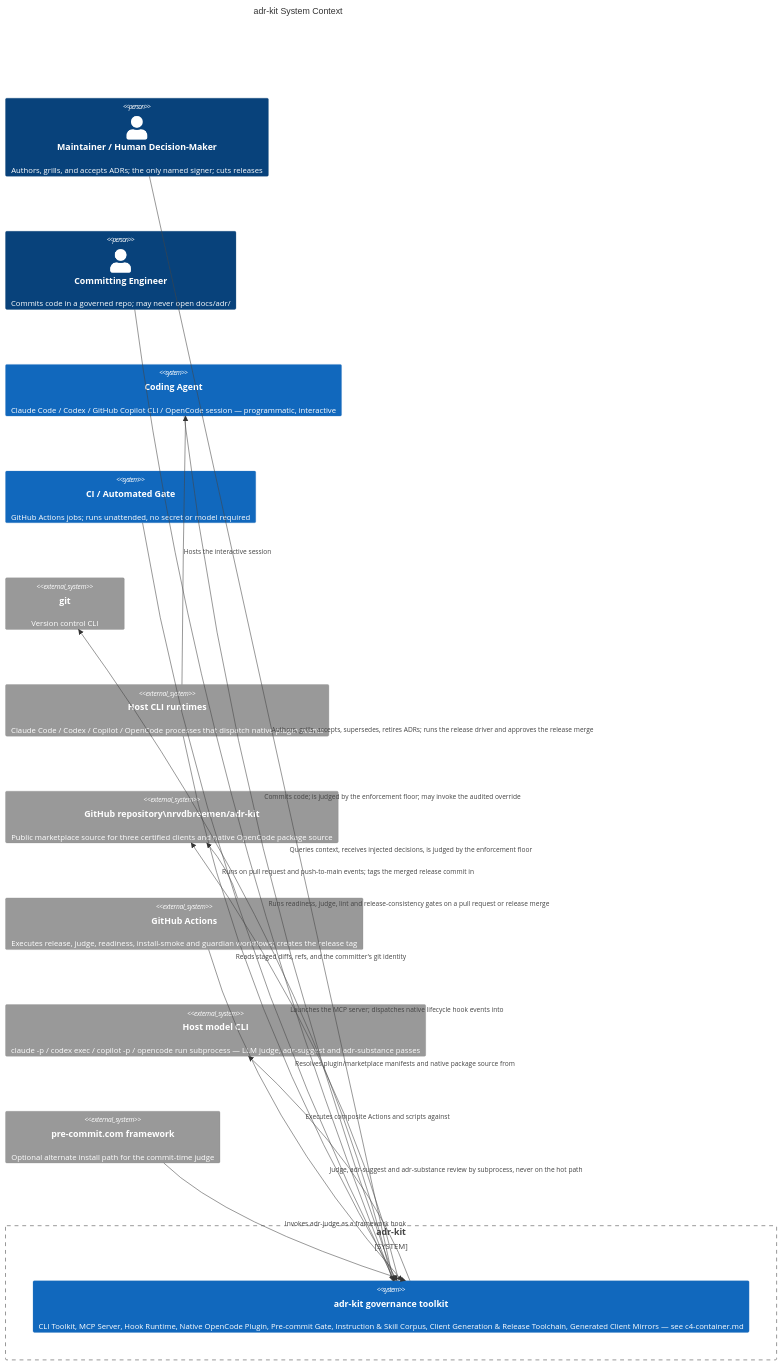
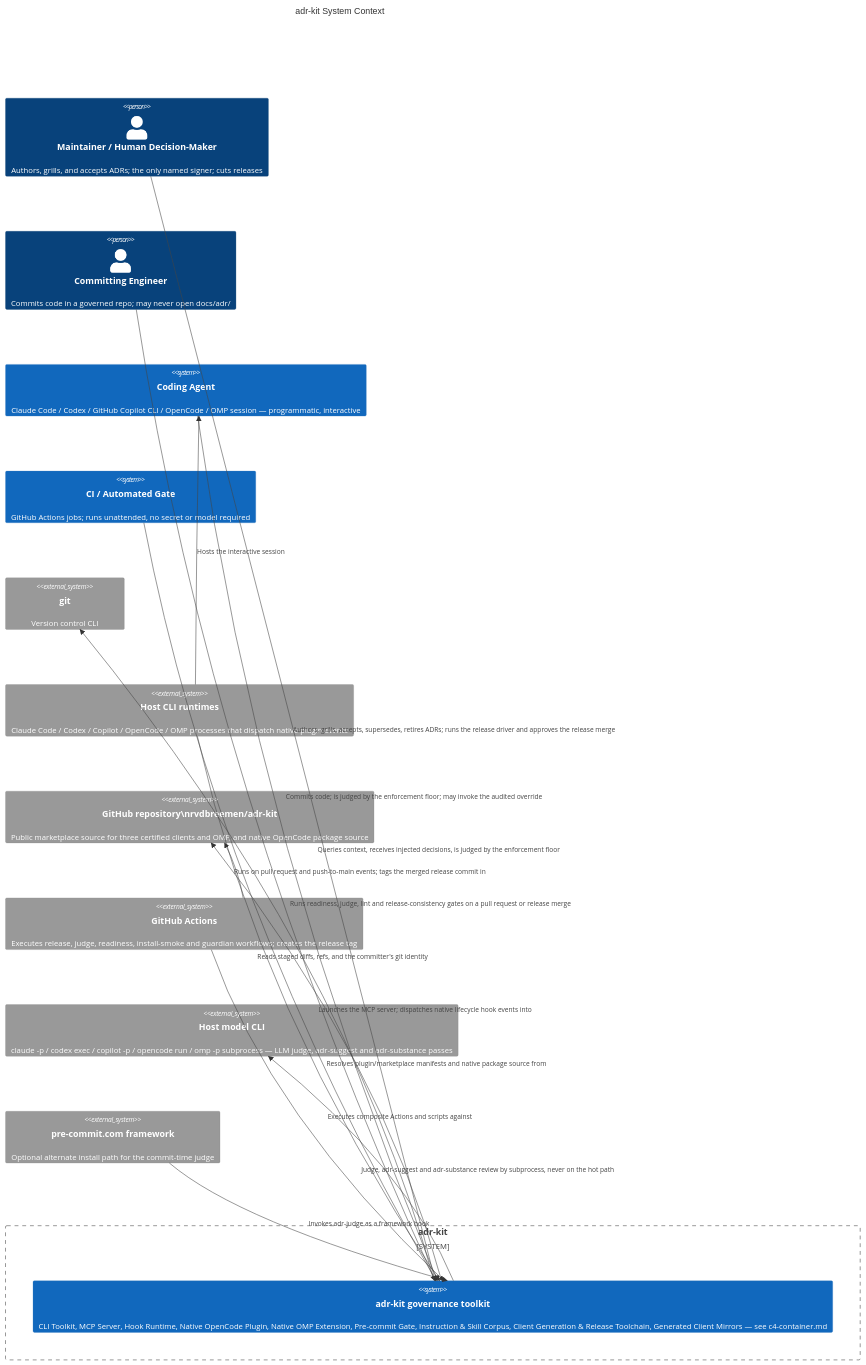
Before and after one commit to rvdbreemen/adr-kit: the diagram in C4-Documentation/c4-context.md, drawn with Mermaid. The commit also changed other lines of this file and 28 other files, not shown here.

First line of the commit message:
feat(omp): native OMP extension and omp-cli judge host (TASK-239)

````diff
--- a/C4-Documentation/c4-context.md
+++ b/C4-Documentation/c4-context.md
@@ -450,35 +453,35 @@
 ```mermaid
 C4Context
   title adr-kit System Context
 
   Person(maintainer, "Maintainer / Human Decision-Maker", "Authors, grills, and accepts ADRs; the only named signer; cuts releases")
   Person(engineer, "Committing Engineer", "Commits code in a governed repo; may never open docs/adr/")
 
-  System(agent, "Coding Agent", "Claude Code / Codex / GitHub Copilot CLI / OpenCode session — programmatic, interactive")
+  System(agent, "Coding Agent", "Claude Code / Codex / GitHub Copilot CLI / OpenCode / OMP session — programmatic, interactive")
   System(ciGate, "CI / Automated Gate", "GitHub Actions jobs; runs unattended, no secret or model required")
 
   System_Boundary(boundary, "adr-kit") {
-    System(core, "adr-kit governance toolkit", "CLI Toolkit, MCP Server, Hook Runtime, Native OpenCode Plugin, Pre-commit Gate, Instruction & Skill Corpus, Client Generation & Release Toolchain, Generated Client Mirrors — see c4-container.md")
+    System(core, "adr-kit governance toolkit", "CLI Toolkit, MCP Server, Hook Runtime, Native OpenCode Plugin, Native OMP Extension, Pre-commit Gate, Instruction & Skill Corpus, Client Generation & Release Toolchain, Generated Client Mirrors — see c4-container.md")
   }
 
   System_Ext(git, "git", "Version control CLI")
-  System_Ext(hostcli, "Host CLI runtimes", "Claude Code / Codex / Copilot / OpenCode processes that dispatch native plugin events")
-  System_Ext(repo, "GitHub repository\nrvdbreemen/adr-kit", "Public marketplace source for three certified clients and native OpenCode package source")
+  System_Ext(hostcli, "Host CLI runtimes", "Claude Code / Codex / Copilot / OpenCode / OMP processes that dispatch native plugin events")
+  System_Ext(repo, "GitHub repository\nrvdbreemen/adr-kit", "Public marketplace source for three certified clients and OMP, and native OpenCode package source")
   System_Ext(gha, "GitHub Actions", "Executes release, judge, readiness, install-smoke and guardian workflows; creates the release tag")
-  System_Ext(llm, "Host model CLI", "claude -p / codex exec / copilot -p / opencode run subprocess — LLM judge, adr-suggest and adr-substance passes")
+  System_Ext(llm, "Host model CLI", "claude -p / codex exec / copilot -p / opencode run / omp -p subprocess — LLM judge, adr-suggest and adr-substance passes")
   System_Ext(precommit, "pre-commit.com framework", "Optional alternate install path for the commit-time judge")
 
   Rel(maintainer, core, "Authors, grills, accepts, supersedes, retires ADRs; runs the release driver and approves the release merge")
   Rel(engineer, core, "Commits code; is judged by the enforcement floor; may invoke the audited override")
   Rel(agent, core, "Queries context, receives injected decisions, is judged by the enforcement floor")
   Rel(ciGate, core, "Runs readiness, judge, lint and release-consistency gates on a pull request or release merge")
 
   Rel(core, git, "Reads staged diffs, refs, and the committer's git identity")
   Rel(hostcli, agent, "Hosts the interactive session")
   Rel(hostcli, core, "Launches the MCP server; dispatches native lifecycle hook events into")
   Rel(core, repo, "Resolves plugin/marketplace manifests and native package source from")
   Rel(gha, repo, "Runs on pull request and push-to-main events; tags the merged release commit in")
   Rel(gha, core, "Executes composite Actions and scripts against")
   Rel(core, llm, "Judge, adr-suggest and adr-substance review by subprocess, never on the hot path")
   Rel(precommit, core, "Invokes adr-judge as a framework hook")
 ```
````
